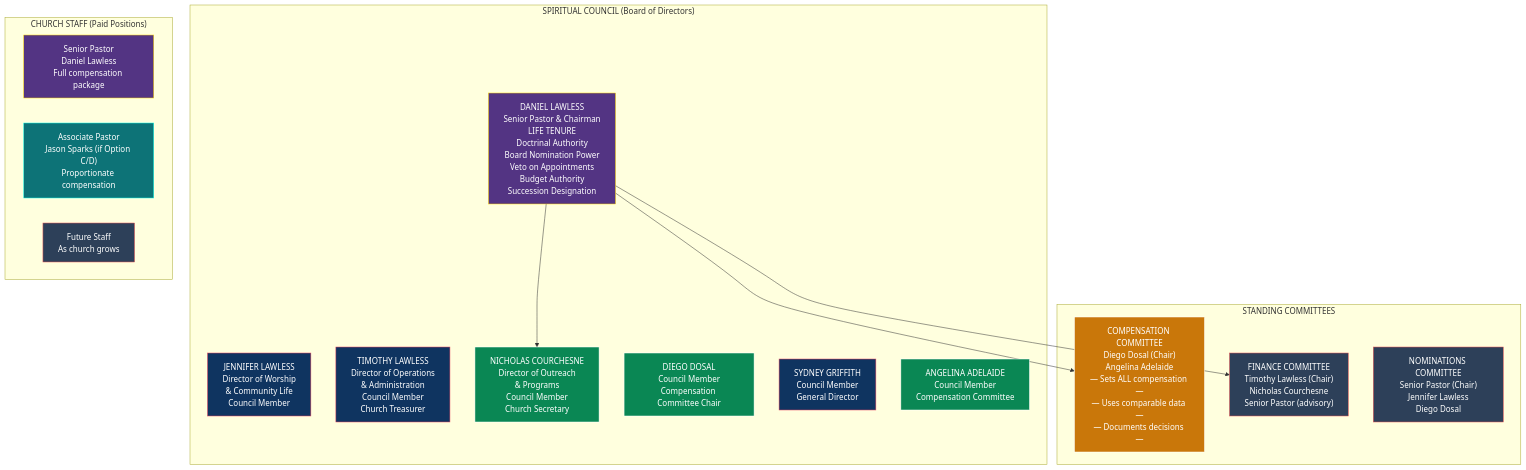
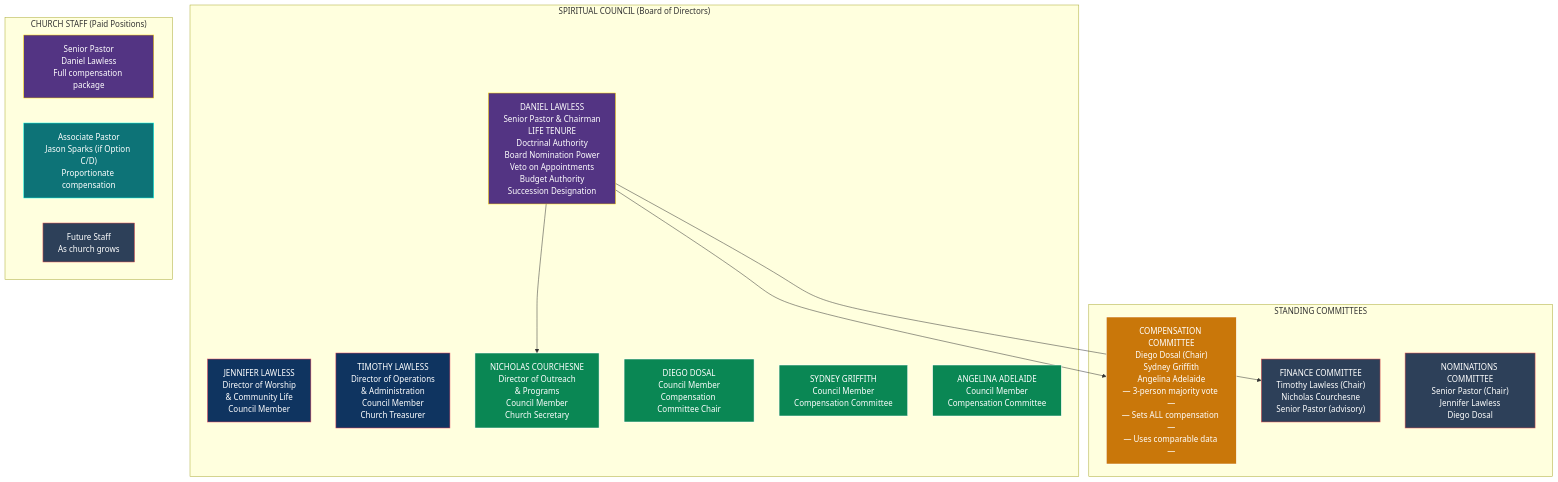
One commit to Light-Brands/epic-center changed the first of 3 diagrams in docs/tax-structure/11-CHURCH-GOVERNANCE-STRUCTURE.md. Above: the diagram before and after it, drawn with Mermaid. The commit also changed other lines of this file, not shown here.

First line of the commit message:
Reclassify Sydney Griffith as independent, add to 3-person Compensation Committee

````diff
--- a/docs/tax-structure/11-CHURCH-GOVERNANCE-STRUCTURE.md
+++ b/docs/tax-structure/11-CHURCH-GOVERNANCE-STRUCTURE.md
@@ -50,50 +50,50 @@
 ```mermaid
 graph TB
     subgraph "SPIRITUAL COUNCIL (Board of Directors)"
         SP["DANIEL LAWLESS<br/>Senior Pastor & Chairman<br/>LIFE TENURE<br/>Doctrinal Authority<br/>Board Nomination Power<br/>Veto on Appointments<br/>Budget Authority<br/>Succession Designation"]
 
         W["JENNIFER LAWLESS<br/>Director of Worship<br/>& Community Life<br/>Council Member"]
 
         B["TIMOTHY LAWLESS<br/>Director of Operations<br/>& Administration<br/>Council Member<br/>Church Treasurer"]
 
         NC["NICHOLAS COURCHESNE<br/>Director of Outreach<br/>& Programs<br/>Council Member<br/>Church Secretary"]
 
         I1["DIEGO DOSAL<br/>Council Member<br/>Compensation Committee Chair"]
 
-        SG["SYDNEY GRIFFITH<br/>Council Member<br/>General Director"]
+        SG["SYDNEY GRIFFITH<br/>Council Member<br/>Compensation Committee"]
 
         I3["ANGELINA ADELAIDE<br/>Council Member<br/>Compensation Committee"]
     end
 
     subgraph "STANDING COMMITTEES"
-        CC["COMPENSATION COMMITTEE<br/>Diego Dosal (Chair)<br/>Angelina Adelaide<br/>— Sets ALL compensation —<br/>— Uses comparable data —<br/>— Documents decisions —"]
+        CC["COMPENSATION COMMITTEE<br/>Diego Dosal (Chair)<br/>Sydney Griffith<br/>Angelina Adelaide<br/>— 3-person majority vote —<br/>— Sets ALL compensation —<br/>— Uses comparable data —"]
 
         FC["FINANCE COMMITTEE<br/>Timothy Lawless (Chair)<br/>Nicholas Courchesne<br/>Senior Pastor (advisory)"]
 
         NOM["NOMINATIONS COMMITTEE<br/>Senior Pastor (Chair)<br/>Jennifer Lawless<br/>Diego Dosal"]
     end
 
     subgraph "CHURCH STAFF (Paid Positions)"
         SP2["Senior Pastor<br/>Daniel Lawless<br/>Full compensation package"]
         AP["Associate Pastor<br/>Jason Sparks (if Option C/D)<br/>Proportionate compensation"]
         STAFF["Future Staff<br/>As church grows"]
     end
 
     SP --> CC
     SP --> FC
     SP --> NC
 
     style SP fill:#533483,stroke:#ffd700,color:#fff
     style W fill:#0f3460,stroke:#e94560,color:#fff
     style B fill:#0f3460,stroke:#e94560,color:#fff
     style NC fill:#0a8754,stroke:#fff,color:#fff
     style I1 fill:#0a8754,stroke:#fff,color:#fff
-    style SG fill:#0f3460,stroke:#e94560,color:#fff
+    style SG fill:#0a8754,stroke:#fff,color:#fff
     style I3 fill:#0a8754,stroke:#fff,color:#fff
     style CC fill:#c9770a,stroke:#fff,color:#fff
     style FC fill:#2d4059,stroke:#ea5455,color:#fff
     style NOM fill:#2d4059,stroke:#ea5455,color:#fff
     style SP2 fill:#533483,stroke:#ffd700,color:#fff
     style AP fill:#0d7377,stroke:#14ffec,color:#fff
     style STAFF fill:#2d4059,stroke:#ea5455,color:#fff
 ```
````
